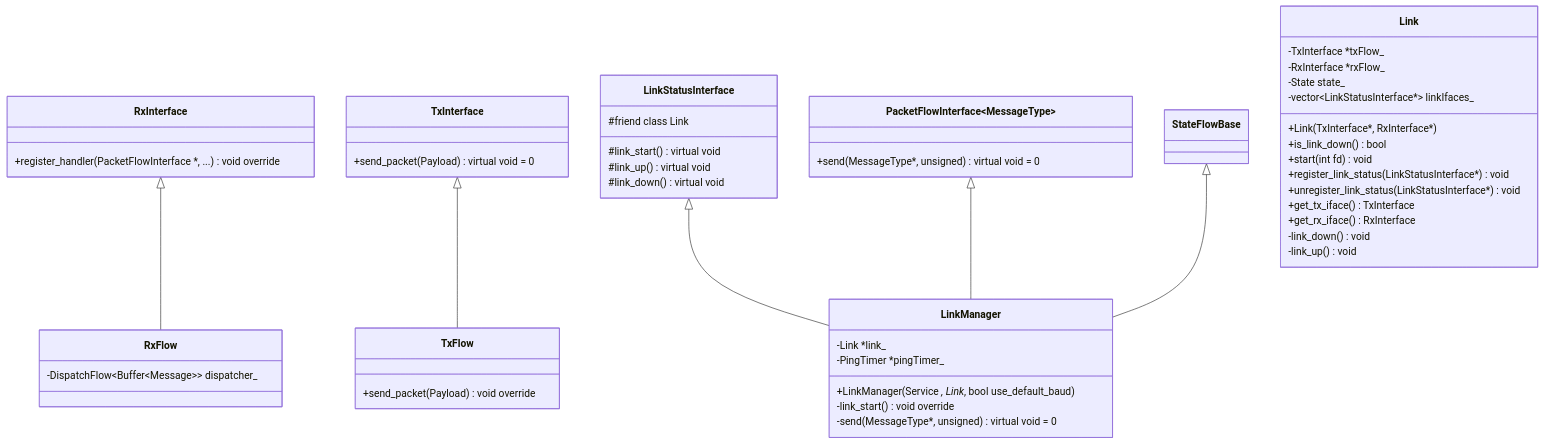
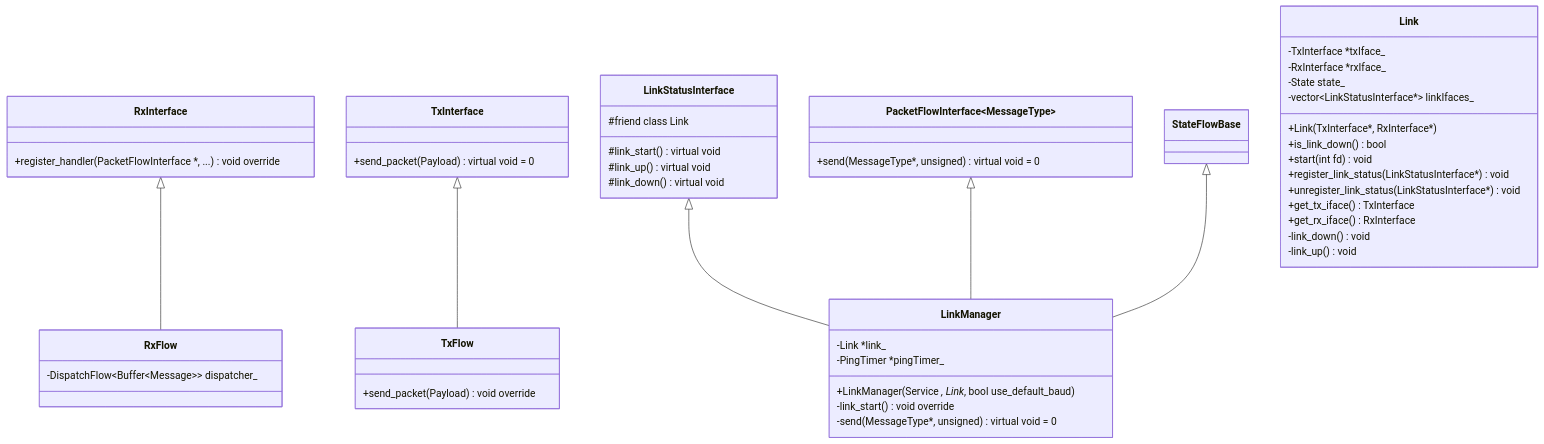
The fifth of 7 diagrams in src/traction_modem/README.md (bakerstu/openmrn), drawn with Mermaid before and after one commit.

````diff
--- a/src/traction_modem/README.md
+++ b/src/traction_modem/README.md
@@ -140,36 +140,36 @@
 ```mermaid
 classDiagram
     RxInterface                      <|-- RxFlow
     TxInterface                      <|-- TxFlow
     LinkStatusInterface              <|-- LinkManager
     PacketFlowInterface~MessageType~ <|-- LinkManager
     StateFlowBase                    <|-- LinkManager
 
     RxInterface         : +register_handler(PacketFlowInterface *, ...) void override
     TxInterface         : +send_packet(Payload) virtual void = 0
-    Link                : -TxInterface *txFlow_
-    Link                : -RxInterface *rxFlow_
+    Link                : -TxInterface *txIface_
+    Link                : -RxInterface *rxIface_
     Link                : -State state_
     Link                : -vector~LinkStatusInterface*~ linkIfaces_
     Link                : +Link(TxInterface*, RxInterface*)
     Link                : +is_link_down() bool
     Link                : +start(int fd) void
     Link                : +register_link_status(LinkStatusInterface*) void
     Link                : +unregister_link_status(LinkStatusInterface*) void
     Link                : +get_tx_iface() TxInterface
     Link                : +get_rx_iface() RxInterface
     Link                : -link_down() void
     Link                : -link_up() void
     PacketFlowInterface : +send(MessageType*, unsigned) virtual void = 0
     RxFlow              : -DispatchFlow~Buffer~Message~~ dispatcher_
     TxFlow              : +send_packet(Payload) void override
     LinkStatusInterface : #friend class Link
     LinkStatusInterface : #link_start() virtual void
     LinkStatusInterface : #link_up() virtual void
     LinkStatusInterface : #link_down() virtual void
     LinkManager         : -Link *link_
     LinkManager         : -PingTimer *pingTimer_
     LinkManager         : +LinkManager(Service *, Link*, bool use_default_baud)
     LinkManager         : -link_start() void override
     LinkManager         : -send(MessageType*, unsigned) virtual void = 0
 ```
````
